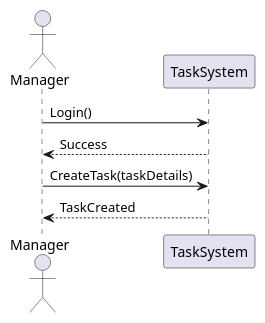
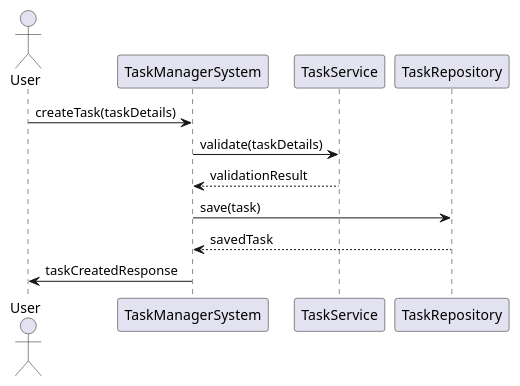
Before and after one commit to OsamaAlashri/OOAD: the diagram in ssd_create_task.puml, drawn with PlantUML. The commit also changed other lines of this file, not shown here.

```diff
--- a/ssd_create_task.puml
+++ b/ssd_create_task.puml
@@ -2,9 +1,9 @@
 @startuml
-actor Manager
-participant TaskSystem
-
-Manager -> TaskSystem: Login()
-TaskSystem --> Manager: Success
-Manager -> TaskSystem: CreateTask(taskDetails)
-TaskSystem --> Manager: TaskCreated
+actor User
+User -> TaskManagerSystem: createTask(taskDetails)
+TaskManagerSystem -> TaskService: validate(taskDetails)
+TaskService --> TaskManagerSystem: validationResult
+TaskManagerSystem -> TaskRepository: save(task)
+TaskRepository --> TaskManagerSystem: savedTask
+TaskManagerSystem -> User: taskCreatedResponse
 @enduml
```
